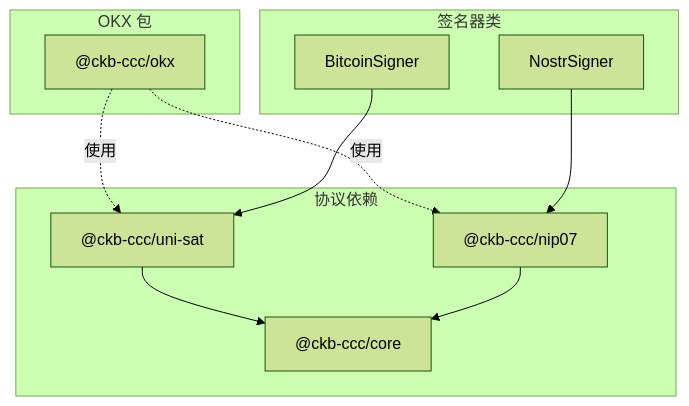
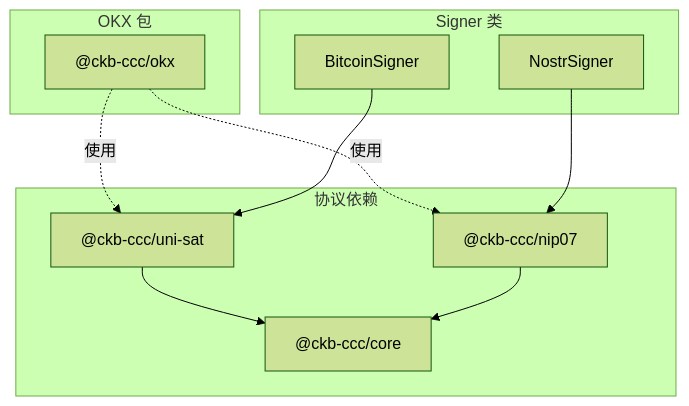
Before and after one commit to ckb-devrel/ccc: the first of 3 diagrams in packages/ccc-docs/content/docs/packages/wallet-integrations/okx.zh.mdx, drawn with Mermaid (forest theme). The commit also changed other lines of this file and 61 other files, not shown here.

````diff
--- a/packages/ccc-docs/content/docs/packages/wallet-integrations/okx.zh.mdx
+++ b/packages/ccc-docs/content/docs/packages/wallet-integrations/okx.zh.mdx
@@ -48,25 +48,25 @@
 ```mermaid
 graph TB
     subgraph "OKX 包"
         OKX["@ckb-ccc/okx"]
     end
-    
+
     subgraph "协议依赖"
         UniSat["@ckb-ccc/uni-sat"]
         NIP07["@ckb-ccc/nip07"]
         Core["@ckb-ccc/core"]
     end
-    
-    subgraph "签名器类"
+
+    subgraph "Signer 类"
         BitcoinSigner["BitcoinSigner"]
         NostrSigner["NostrSigner"]
     end
-    
+
     OKX -.->|"使用"| UniSat
     OKX -.->|"使用"| NIP07
-    
+
     BitcoinSigner --> UniSat
     NostrSigner --> NIP07
     UniSat --> Core
     NIP07 --> Core
 ```
````
